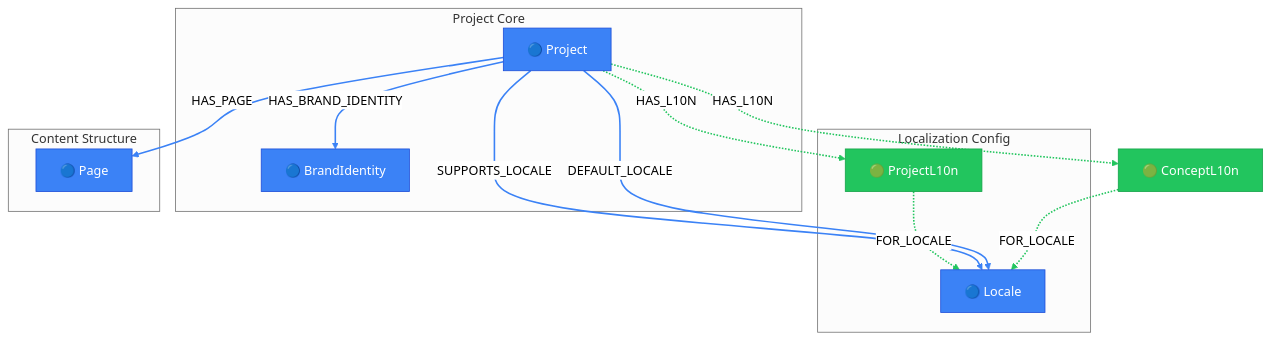
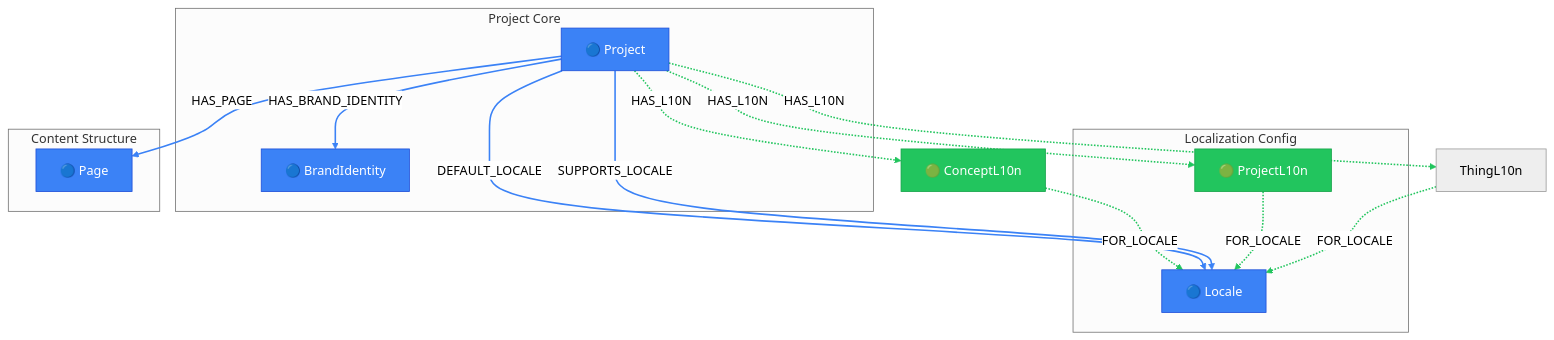
Before and after one commit to supernovae-st/novanet: the diagram in packages/core/models/docs/project-context.md, drawn with Mermaid (neutral theme). The commit also changed other lines of this file and 98 other files, not shown here.

First line of the commit message:
feat(schema): v10.1 GEO removal + locale knowledge atoms

````diff
--- a/packages/core/models/docs/project-context.md
+++ b/packages/core/models/docs/project-context.md
@@ -25,51 +25,53 @@
 ```mermaid
 flowchart TB
   %% View: Project Context (project-context)
-  %% 6 nodes, 8 edges
+  %% 6 nodes, 10 edges
 
-  %% Trait styling (locale_behavior)
+  %% Trait styling (node_trait)
   classDef invariant fill:#3b82f6,stroke:#1d4ed8,color:#fff
   classDef localized fill:#22c55e,stroke:#16a34a,color:#fff
   classDef knowledge fill:#8b5cf6,stroke:#7c3aed,color:#fff
   classDef derived fill:#9ca3af,stroke:#6b7280,color:#fff
   classDef job fill:#6b7280,stroke:#4b5563,color:#fff
 
   subgraph PROJECT_CORE["Project Core"]
     Project["🔵 Project"]
     BrandIdentity["🔵 BrandIdentity"]
   end
 
   subgraph LOCALIZATION_CONFIG["Localization Config"]
     ProjectL10n["🟢 ProjectL10n"]
     Locale["🔵 Locale"]
   end
 
   subgraph CONTENT_STRUCTURE["Content Structure"]
     Page["🔵 Page"]
   end
 
   %% Additional reachable nodes
   ConceptL10n["🟢 ConceptL10n"]
 
-  %% Relationships (styled by edge family)
+  %% Relationships (styled by arc family)
   ConceptL10n -.->|FOR_LOCALE| Locale
   Project -->|DEFAULT_LOCALE| Locale
   Project -->|HAS_BRAND_IDENTITY| BrandIdentity
   Project -.->|HAS_L10N| ConceptL10n
   Project -.->|HAS_L10N| ProjectL10n
+  Project -.->|HAS_L10N| ThingL10n
   Project -->|HAS_PAGE| Page
   Project -->|SUPPORTS_LOCALE| Locale
   ProjectL10n -.->|FOR_LOCALE| Locale
+  ThingL10n -.->|FOR_LOCALE| Locale
 
   %% Edge colors by family
-  linkStyle 0,3,4,7 stroke:#22c55e,stroke-width:2px
-  linkStyle 1,2,5,6 stroke:#3b82f6,stroke-width:2px
+  linkStyle 0,3,4,5,8,9 stroke:#22c55e,stroke-width:2px
+  linkStyle 1,2,6,7 stroke:#3b82f6,stroke-width:2px
 
   %% Class assignments
   class BrandIdentity invariant
   class ConceptL10n localized
   class Locale invariant
   class Page invariant
   class Project invariant
   class ProjectL10n localized
 ```
````
